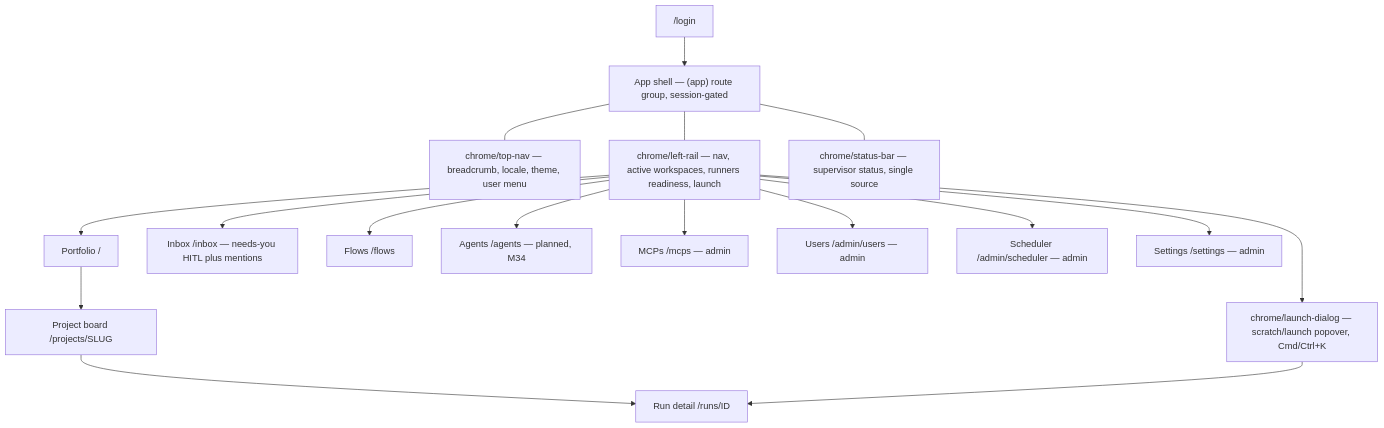
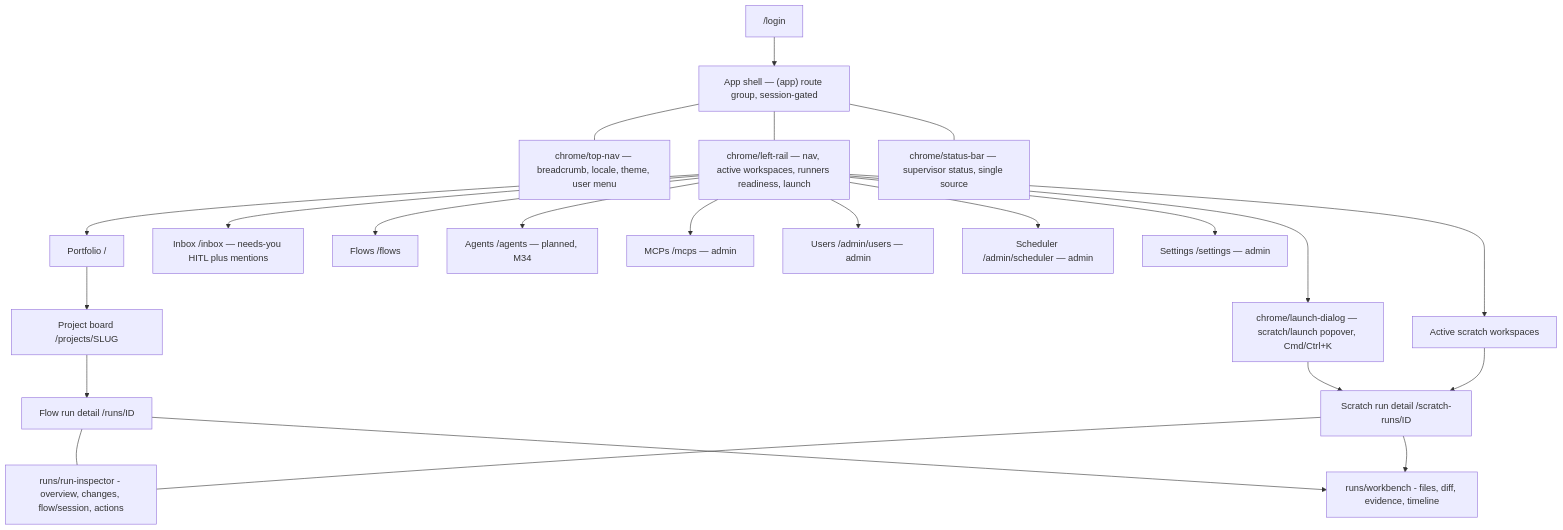
Before and after one commit to maister-dev/maister: the diagram in docs/screens/README.md, drawn with Mermaid. The commit also changed other lines of this file and 60 other files, not shown here.

First line of the commit message:
feat(runs): add run detail inspector workbench

````diff
--- a/docs/screens/README.md
+++ b/docs/screens/README.md
@@ -73,23 +78,29 @@
 ```mermaid
 flowchart TD
     Login["/login"] --> Shell["App shell — (app) route group, session-gated"]
 
     Shell --- TopNav["chrome/top-nav — breadcrumb, locale, theme, user menu"]
     Shell --- Rail["chrome/left-rail — nav, active workspaces, runners readiness, launch"]
     Shell --- Status["chrome/status-bar — supervisor status, single source"]
     Rail --> Launch["chrome/launch-dialog — scratch/launch popover, Cmd/Ctrl+K"]
 
     Rail --> Portfolio["Portfolio /"]
     Rail --> Inbox["Inbox /inbox — needs-you HITL plus mentions"]
     Rail --> Flows["Flows /flows"]
     Rail --> Agents["Agents /agents — planned, M34"]
     Rail --> Mcps["MCPs /mcps — admin"]
 
     Rail --> Users["Users /admin/users — admin"]
     Rail --> Scheduler["Scheduler /admin/scheduler — admin"]
     Rail --> Settings["Settings /settings — admin"]
 
     Portfolio --> Board["Project board /projects/SLUG"]
-    Board --> Run["Run detail /runs/ID"]
-    Launch --> Run
+    Board --> FlowRun["Flow run detail /runs/ID"]
+    Rail --> ScratchRows["Active scratch workspaces"]
+    Launch --> ScratchRun["Scratch run detail /scratch-runs/ID"]
+    ScratchRows --> ScratchRun
+    FlowRun --- RunInspector["runs/run-inspector - overview, changes, flow/session, actions"]
+    ScratchRun --- RunInspector
+    FlowRun --> Workbench["runs/workbench - files, diff, evidence, timeline"]
+    ScratchRun --> Workbench
 ```
````
